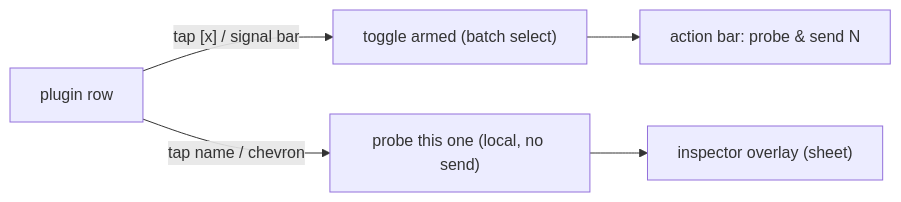
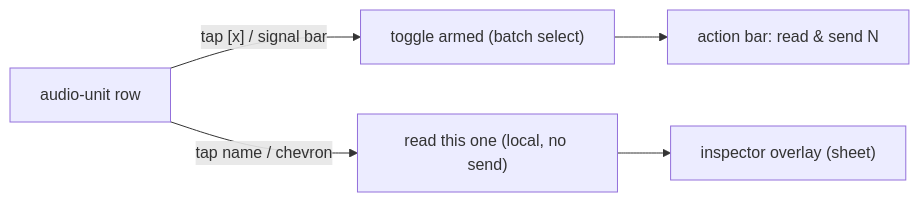
One commit to teemow/auv3-probe changed the diagram in docs/design.md. Above: the diagram before and after it, drawn with Mermaid. The commit also changed other lines of this file and 24 other files, not shown here.

````diff
--- a/docs/design.md
+++ b/docs/design.md
@@ -162,7 +187,7 @@
 ```mermaid
 flowchart LR
-  row["plugin row"] -->|"tap [x] / signal bar"| arm["toggle armed (batch select)"]
-  row -->|"tap name / chevron"| probeOne["probe this one (local, no send)"]
-  probeOne --> sheet["inspector overlay (sheet)"]
-  arm --> batch["action bar: probe & send N"]
+  row["audio-unit row"] -->|"tap [x] / signal bar"| arm["toggle armed (batch select)"]
+  row -->|"tap name / chevron"| readOne["read this one (local, no send)"]
+  readOne --> sheet["inspector overlay (sheet)"]
+  arm --> batch["action bar: read & send N"]
 ```
````
